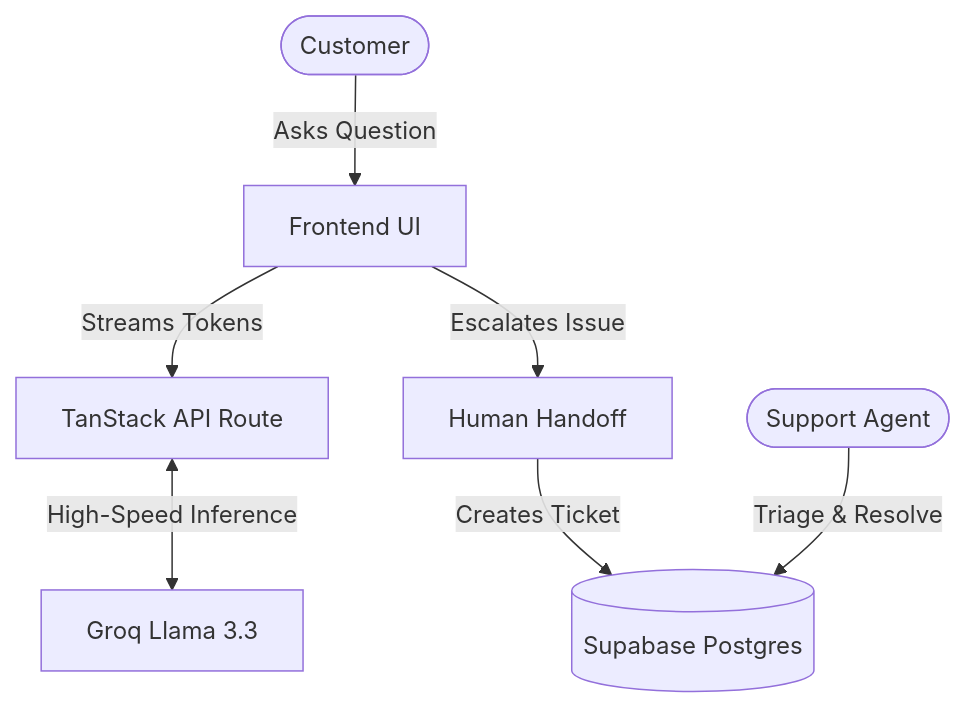
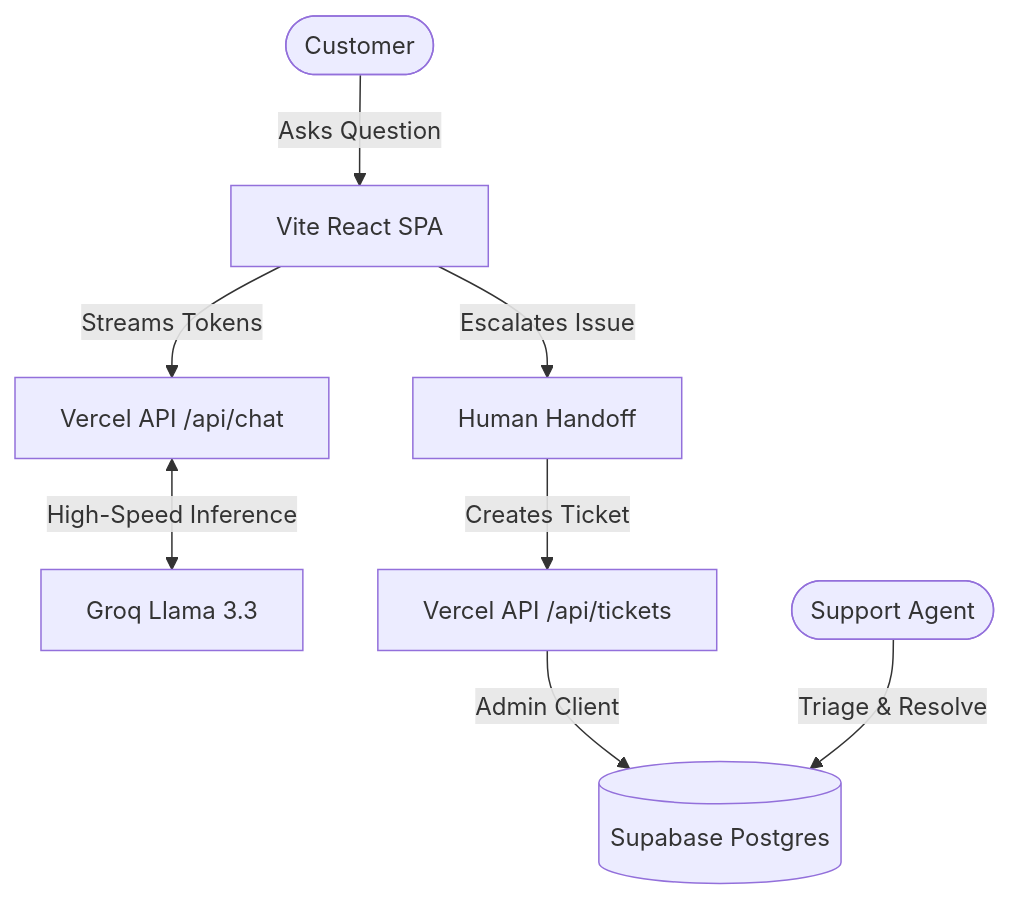
The diagram in README.md (Tanmay2006-Tech/flowzint-support-buddy), drawn with Mermaid before and after one commit. The commit also changed other lines of this file and 36 other files, not shown here.

First line of the commit message:
Migrate from TanStack Start + Cloudflare to Vite SPA on Vercel.

````diff
--- a/README.md
+++ b/README.md
@@ -82,9 +84,10 @@
 ```mermaid
 graph TD
-    User([Customer]) -->|Asks Question| UI[Frontend UI]
-    UI -->|Streams Tokens| API[TanStack API Route]
+    User([Customer]) -->|Asks Question| UI[Vite React SPA]
+    UI -->|Streams Tokens| API[Vercel API /api/chat]
     API <-->|High-Speed Inference| Groq[Groq Llama 3.3]
     UI -->|Escalates Issue| Handoff[Human Handoff]
-    Handoff -->|Creates Ticket| DB[(Supabase Postgres)]
+    Handoff -->|Creates Ticket| TicketsAPI[Vercel API /api/tickets]
+    TicketsAPI -->|Admin Client| DB[(Supabase Postgres)]
     Agent([Support Agent]) -->|Triage & Resolve| DB
 ```
````
